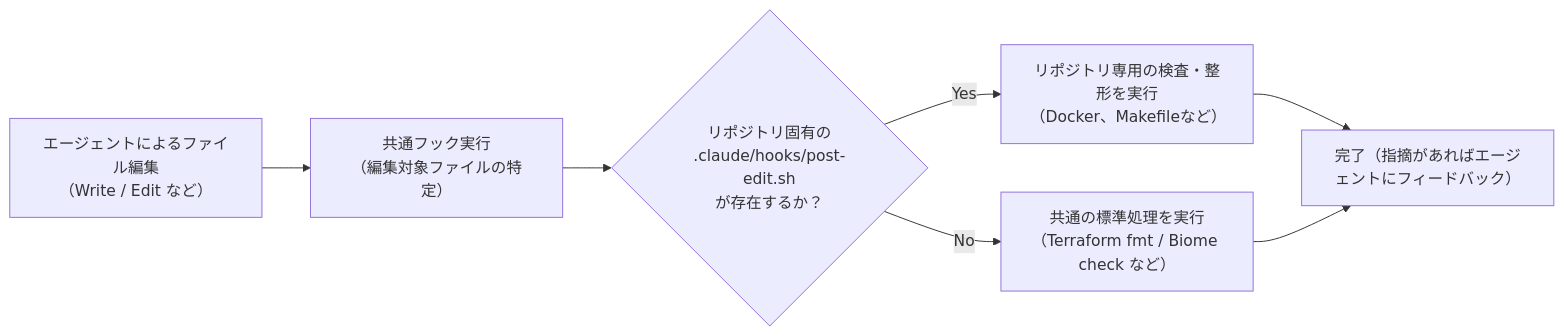
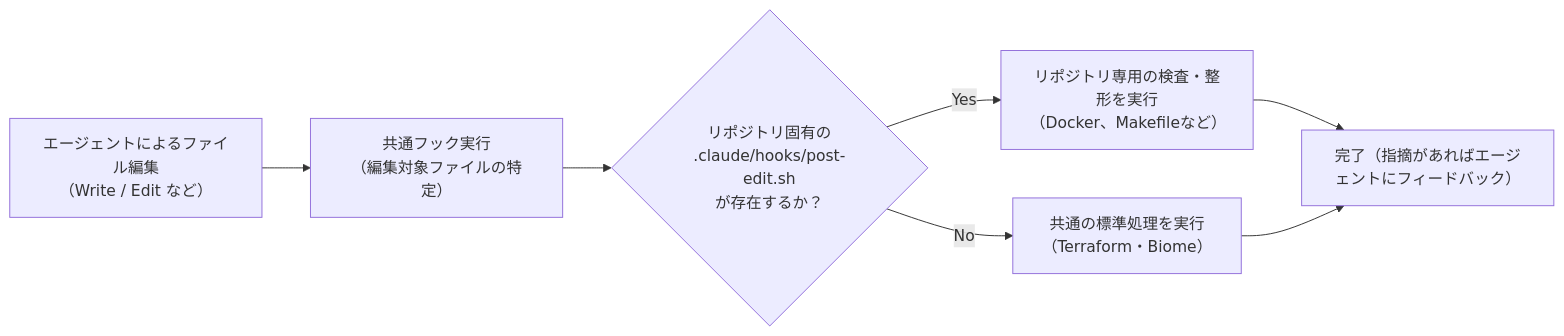
The diagram in README.md (shin4488/agent-plugins), drawn with Mermaid before and after one commit. The commit also changed other lines of this file and 3 other files, not shown here.

````diff
--- a/README.md
+++ b/README.md
@@ -50,9 +39,9 @@
 ```mermaid
 flowchart LR
     Edit["エージェントによるファイル編集<br>（Write / Edit など）"] --> Hook["共通フック実行<br>（編集対象ファイルの特定）"]
     Hook --> Check{"リポジトリ固有の<br>.claude/hooks/post-edit.sh<br>が存在するか？"}
     Check -->|Yes| Custom["リポジトリ専用の検査・整形を実行<br>（Docker、Makefileなど）"]
-    Check -->|No| Default["共通の標準処理を実行<br>（Terraform fmt / Biome check など）"]
+    Check -->|No| Default["共通の標準処理を実行<br>（Terraform・Biome）"]
     Custom --> Finish["完了（指摘があればエージェントにフィードバック）"]
     Default --> Finish
 ```
````
